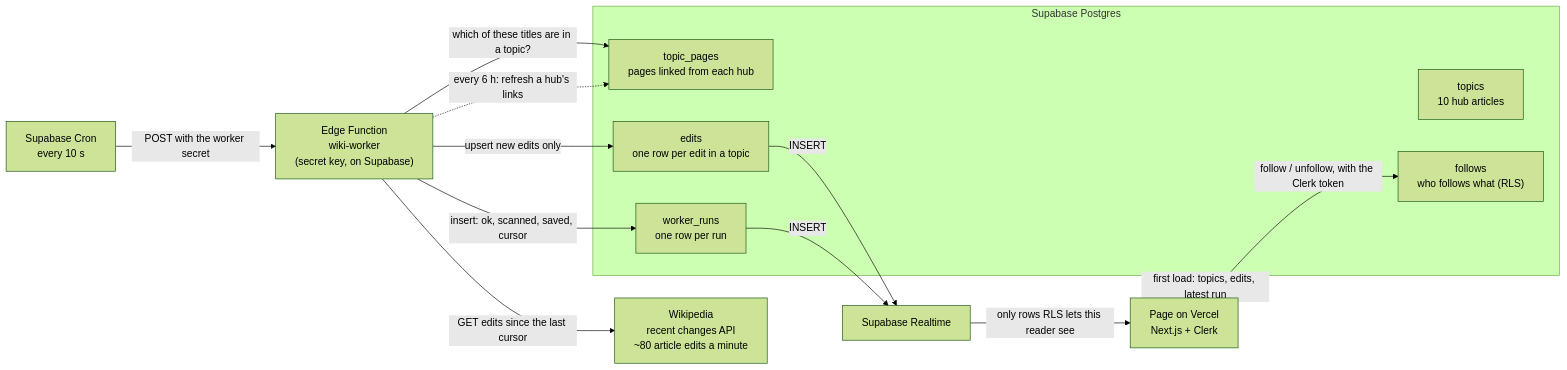
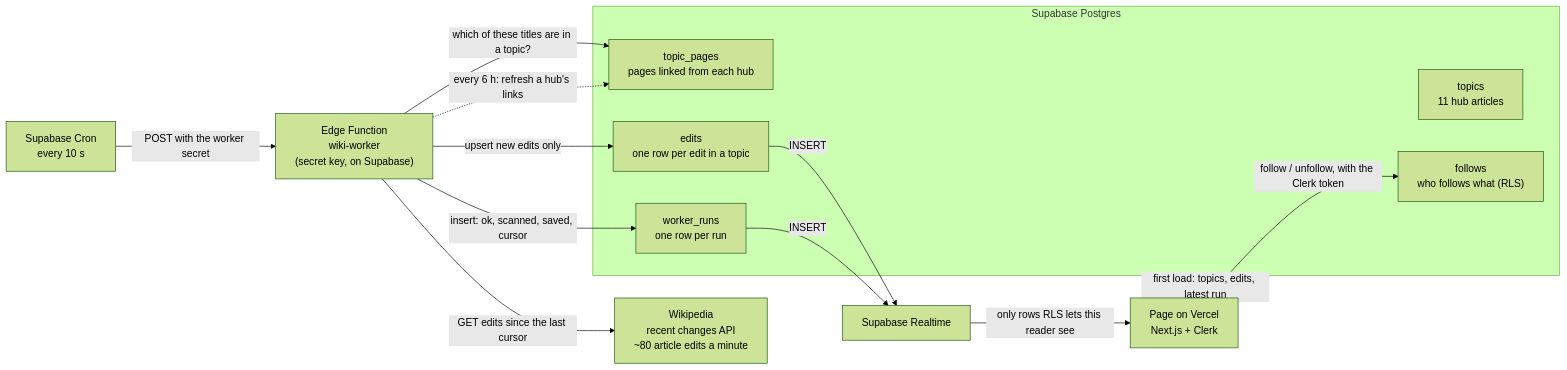
Before and after one commit to Rogernarten/marginalia-live: the diagram in AGENTS.md, drawn with Mermaid (forest theme). The commit also changed other lines of this file and 1 other file, not shown here.

First line of the commit message:
Update the docs for 11 topics and the measured edit rate

````diff
--- a/AGENTS.md
+++ b/AGENTS.md
@@ -22,27 +23,27 @@
 ```mermaid
 flowchart LR
   WP["Wikipedia<br/>recent changes API<br/>~80 article edits a minute"]
   CRON["Supabase Cron<br/>every 10 s"]
   FN["Edge Function<br/>wiki-worker<br/>(secret key, on Supabase)"]
   subgraph DB["Supabase Postgres"]
-    TOP["topics<br/>10 hub articles"]
+    TOP["topics<br/>11 hub articles"]
     TP["topic_pages<br/>pages linked from each hub"]
     ED["edits<br/>one row per edit in a topic"]
     RUN["worker_runs<br/>one row per run"]
     FOL["follows<br/>who follows what (RLS)"]
   end
   RT["Supabase Realtime"]
   PAGE["Page on Vercel<br/>Next.js + Clerk"]
 
   CRON -- "POST with the worker secret" --> FN
   FN -- "GET edits since the last cursor" --> WP
   FN -- "which of these titles are in a topic?" --> TP
   FN -- "upsert new edits only" --> ED
   FN -- "insert: ok, scanned, saved, cursor" --> RUN
   FN -. "every 6 h: refresh a hub's links" .-> TP
   ED -- "INSERT" --> RT
   RUN -- "INSERT" --> RT
   RT -- "only rows RLS lets this reader see" --> PAGE
   PAGE -- "follow / unfollow, with the Clerk token" --> FOL
   PAGE -- "first load: topics, edits, latest run" --> DB
 ```
````
